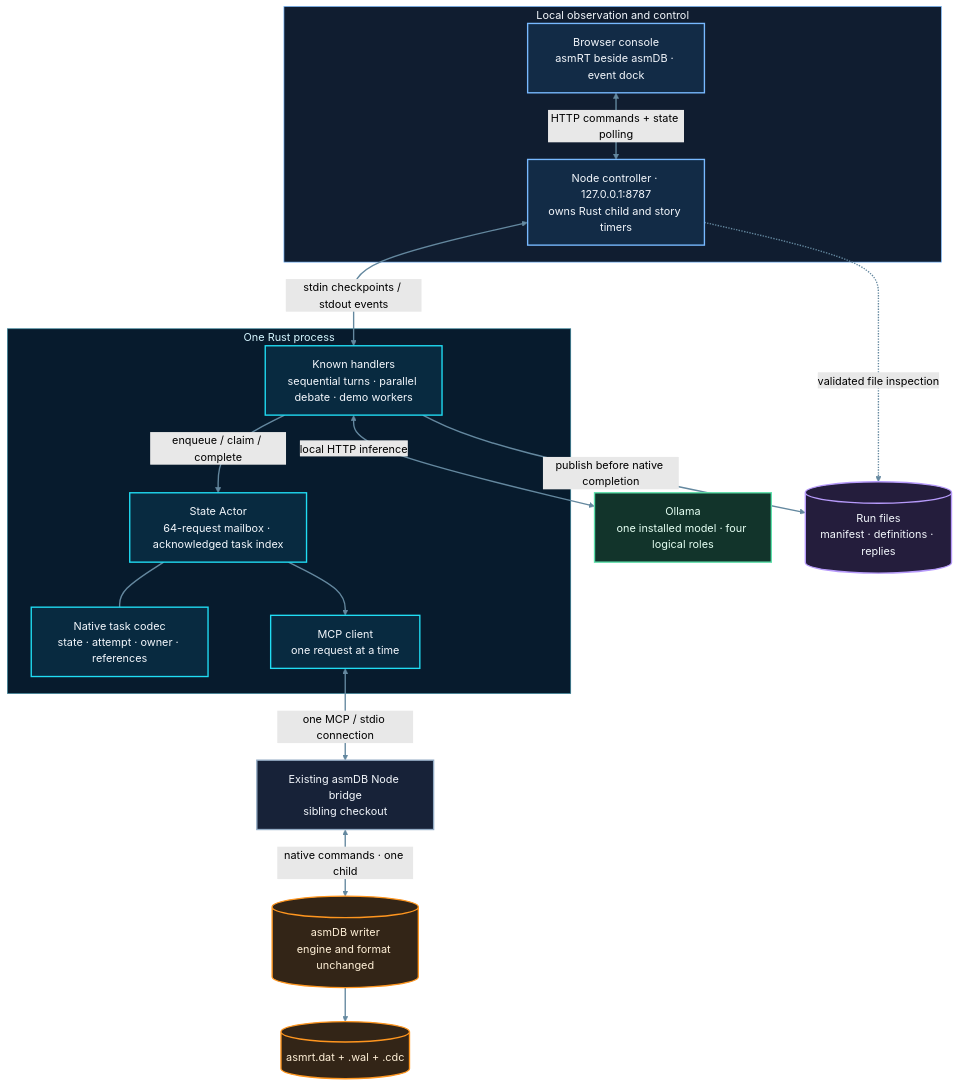
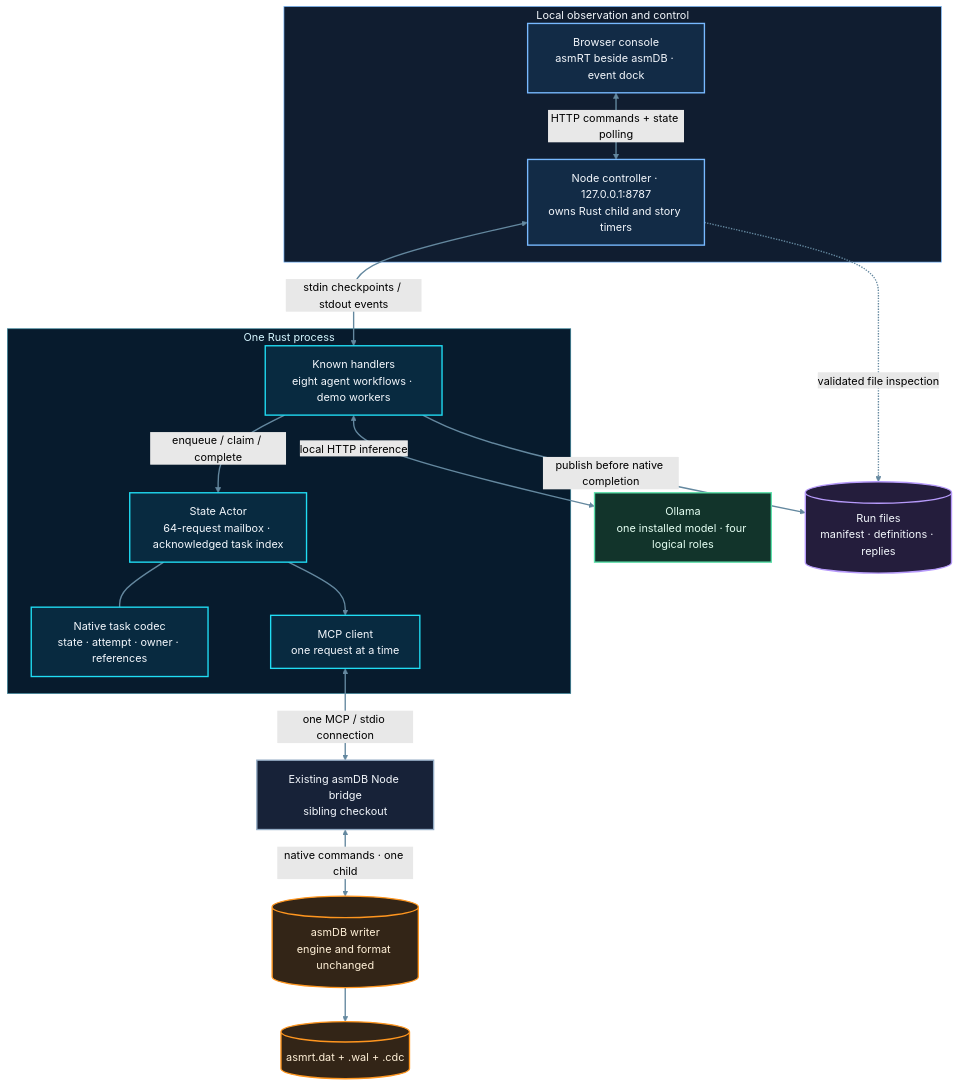
Before and after one commit to fredgis/asmRT: the diagram in Docs/diagrams/architecture.mmd, drawn with Mermaid (forest theme). The commit also changed 5 other files, not shown here.

```diff
--- a/Docs/diagrams/architecture.mmd
+++ b/Docs/diagrams/architecture.mmd
@@ -1,37 +1,37 @@
 flowchart TB
     subgraph VIEW["Local observation and control"]
         UI["Browser console<br>asmRT beside asmDB · event dock"]
         CTRL["Node controller · 127.0.0.1:8787<br>owns Rust child and story timers"]
         UI <-->|"HTTP commands + state polling"| CTRL
     end
     subgraph RUST["One Rust process"]
-        H["Known handlers<br>sequential turns · parallel debate · demo workers"]
+        H["Known handlers<br>eight agent workflows · demo workers"]
         A["State Actor<br>64-request mailbox · acknowledged task index"]
         C["Native task codec<br>state · attempt · owner · references"]
         M["MCP client<br>one request at a time"]
         H -->|"enqueue / claim / complete"| A
         A --- C
         A --> M
     end
     CTRL <-->|"stdin checkpoints / stdout events"| H
     M <-->|"one MCP / stdio connection"| BRIDGE["Existing asmDB Node bridge<br>sibling checkout"]
     BRIDGE <-->|"native commands · one child"| DB[("asmDB writer<br>engine and format unchanged")]
     DB --> NATIVE[("asmrt.dat + .wal + .cdc")]
     H <-->|"local HTTP inference"| LLM["Ollama<br>one installed model · four logical roles"]
     H -->|"publish before native completion"| FILES[("Run files<br>manifest · definitions · replies")]
     CTRL -.->|"validated file inspection"| FILES
     classDef control fill:#122b46,stroke:#78b9ff,stroke-width:2px,color:#f3f7fc
     classDef runtime fill:#082a40,stroke:#20ddf4,stroke-width:2px,color:#f3f7fc
     classDef existing fill:#172238,stroke:#94acc5,stroke-width:2px,color:#f3f7fc
     classDef storage fill:#332517,stroke:#ff961f,stroke-width:2px,color:#fff0d7
     classDef payload fill:#241d3c,stroke:#b69afa,stroke-width:2px,color:#f3f7fc
     classDef model fill:#12342b,stroke:#5be0aa,stroke-width:2px,color:#e5fff3
     class UI,CTRL control
     class H,A,C,M runtime
     class BRIDGE existing
     class DB,NATIVE storage
     class FILES payload
     class LLM model
     style VIEW fill:#101d30,stroke:#78b9ff,color:#f3f7fc
     style RUST fill:#071b2d,stroke:#358399,color:#d5f6ff
     linkStyle default stroke:#64889f,stroke-width:2px
```
